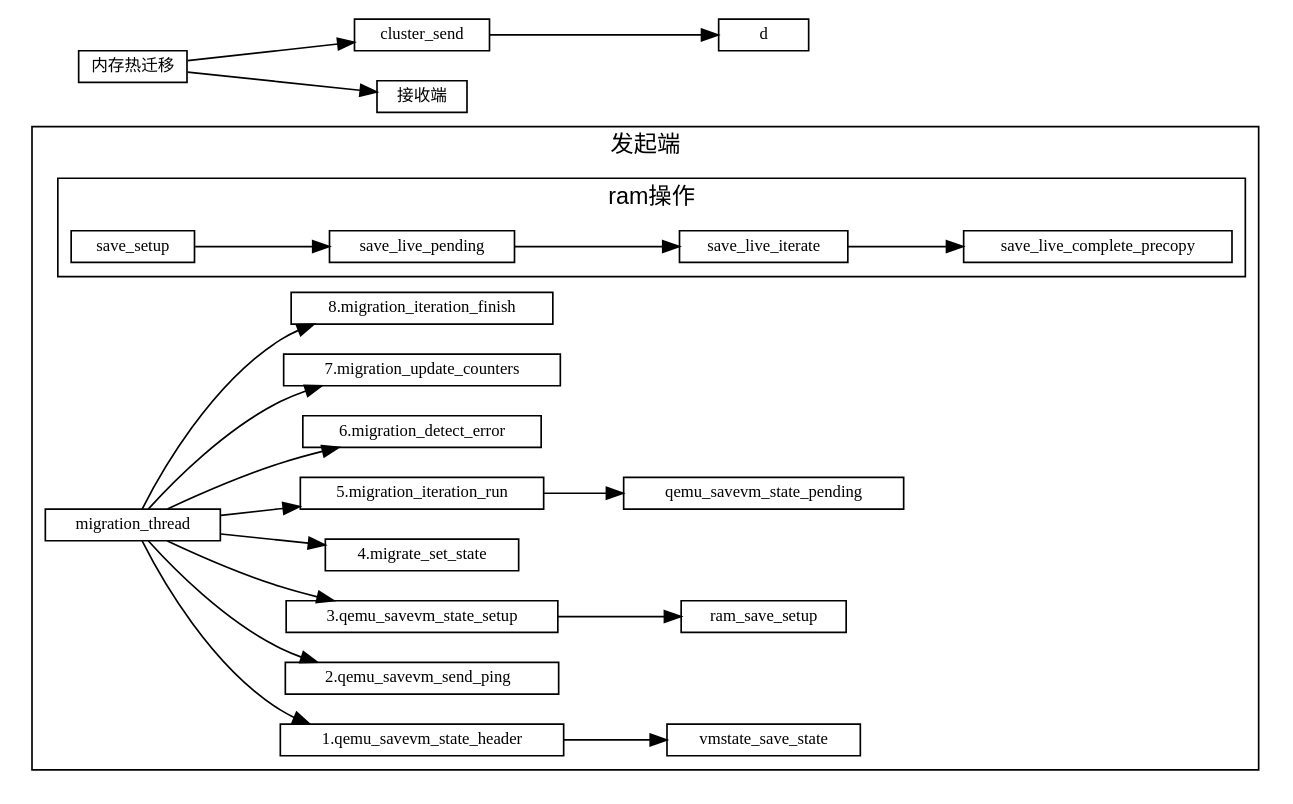
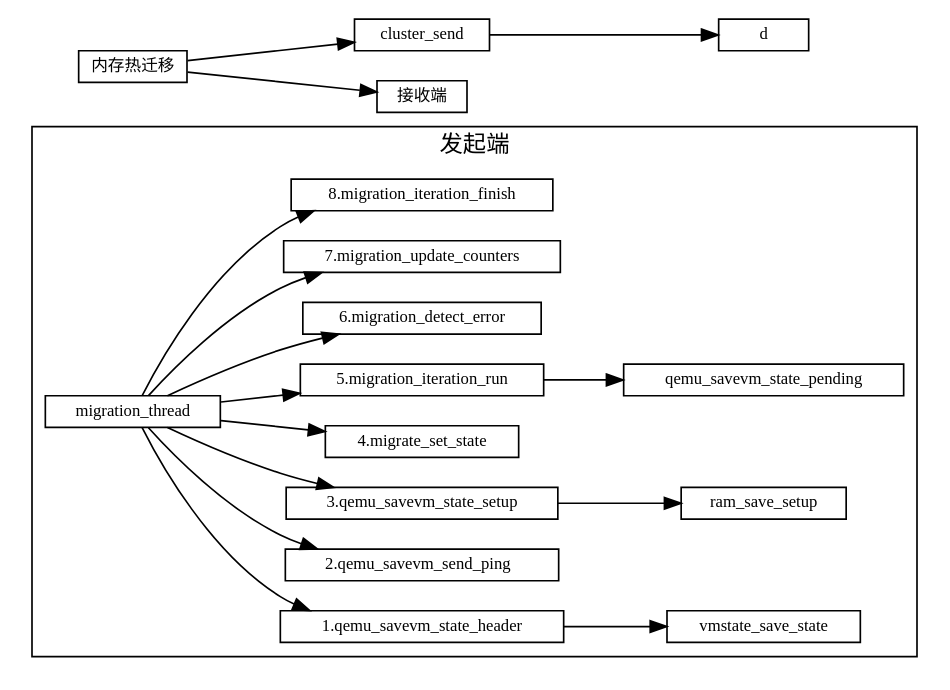
The diagram in 虚拟化/热迁移/1-内存热迁移.md (sisyphus1212/note), drawn with Graphviz before and after one commit.

Commit message:
auto_update

````diff
--- a/虚拟化/热迁移/1-内存热迁移.md
+++ b/虚拟化/热迁移/1-内存热迁移.md
@@ -11,42 +11,34 @@
 ```graphviz
 digraph 热迁移 {
 fontname="Helvetica,Arial,sans-serif"
 //node [fontname="Helvetica,Arial,sans-serif"]
 //edge [fontname="Helvetica,Arial,sans-serif"]
 rankdir="LR"
 node [fontsize=10, shape=box, height=0.25]
 edge [fontsize=10]
 
   subgraph send {
     cluster=true;
     label="发起端";
-    subgraph ram_opts {
-      cluster=true;
-      label="ram操作";
-      save_setup ->
-      save_live_pending ->
-      save_live_iterate ->
-      save_live_complete_precopy;
-    }
     migration_thread -> "1.qemu_savevm_state_header"
                      -> vmstate_save_state;
     migration_thread -> "2.qemu_savevm_send_ping  ";
     migration_thread -> "3.qemu_savevm_state_setup"
                      ->   ram_save_setup;
     migration_thread ->  "4.migrate_set_state";
     migration_thread ->  "5.migration_iteration_run"
                      ->  "qemu_savevm_state_pending";
     migration_thread ->  "6.migration_detect_error";
     migration_thread ->  "7.migration_update_counters";
     migration_thread ->  "8.migration_iteration_finish";
 
 
   }
 
 内存热迁移 [label="内存热迁移"]
 内存热迁移 -> cluster_send
            -> d
 
 内存热迁移 -> 接收端
 }
 ```
````
